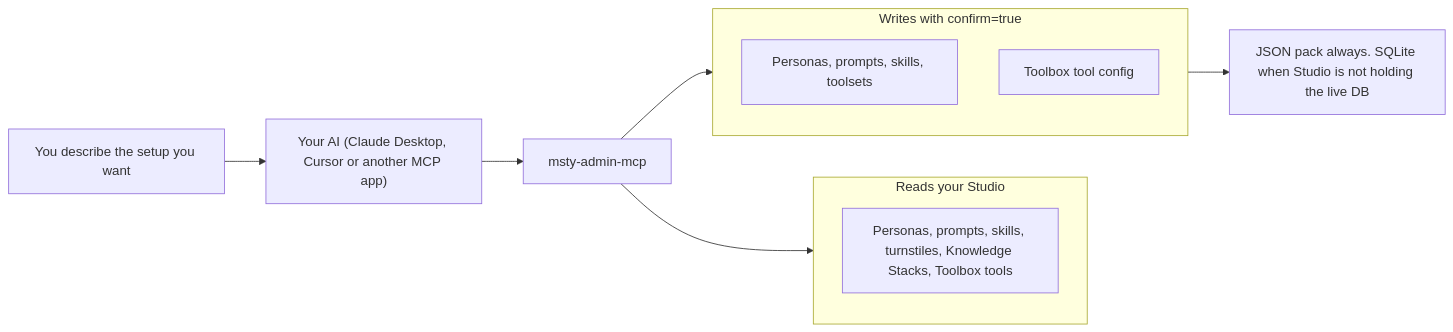
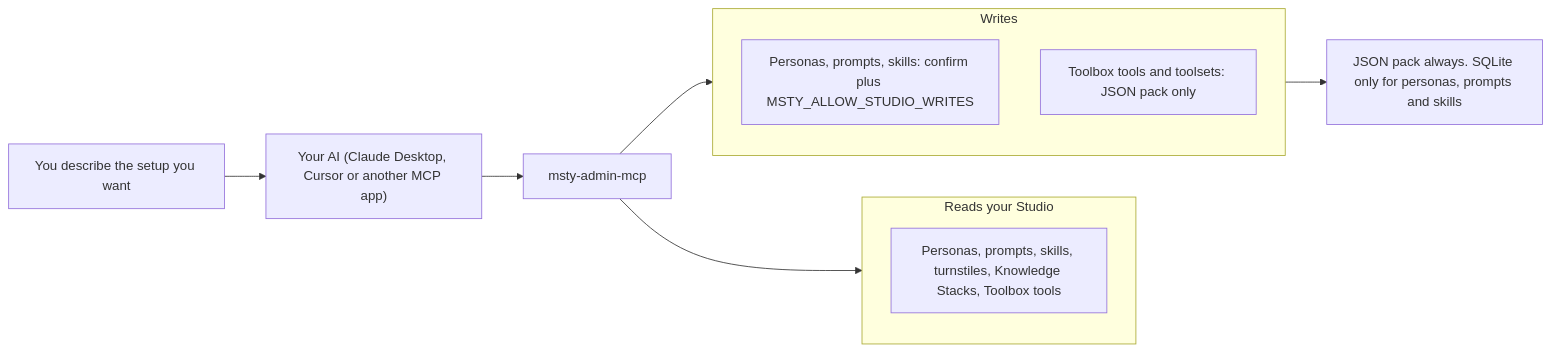
The second of 4 diagrams in README.md (M-Pineapple/msty-admin-mcp), drawn with Mermaid before and after one commit. The commit also changed other lines of this file and 11 other files, not shown here.

First line of the commit message:
fix: gate Studio writes and keep tools out of SQLite

````diff
--- a/README.md
+++ b/README.md
@@ -49,15 +49,15 @@
 ```mermaid
 flowchart LR
     Y["You describe the setup you want"] --> A["Your AI (Claude Desktop, Cursor or another MCP app)"]
     A --> M["msty-admin-mcp"]
     subgraph Reads["Reads your Studio"]
         I["Personas, prompts, skills, turnstiles, Knowledge Stacks, Toolbox tools"]
     end
-    subgraph Writes["Writes with confirm=true"]
-        P["Personas, prompts, skills, toolsets"]
-        V["Toolbox tool config"]
+    subgraph Writes["Writes"]
+        P["Personas, prompts, skills: confirm plus MSTY_ALLOW_STUDIO_WRITES"]
+        V["Toolbox tools and toolsets: JSON pack only"]
     end
     M --> Reads
     M --> Writes
-    Writes --> X["JSON pack always. SQLite when Studio is not holding the live DB"]
+    Writes --> X["JSON pack always. SQLite only for personas, prompts and skills"]
 ```
````
